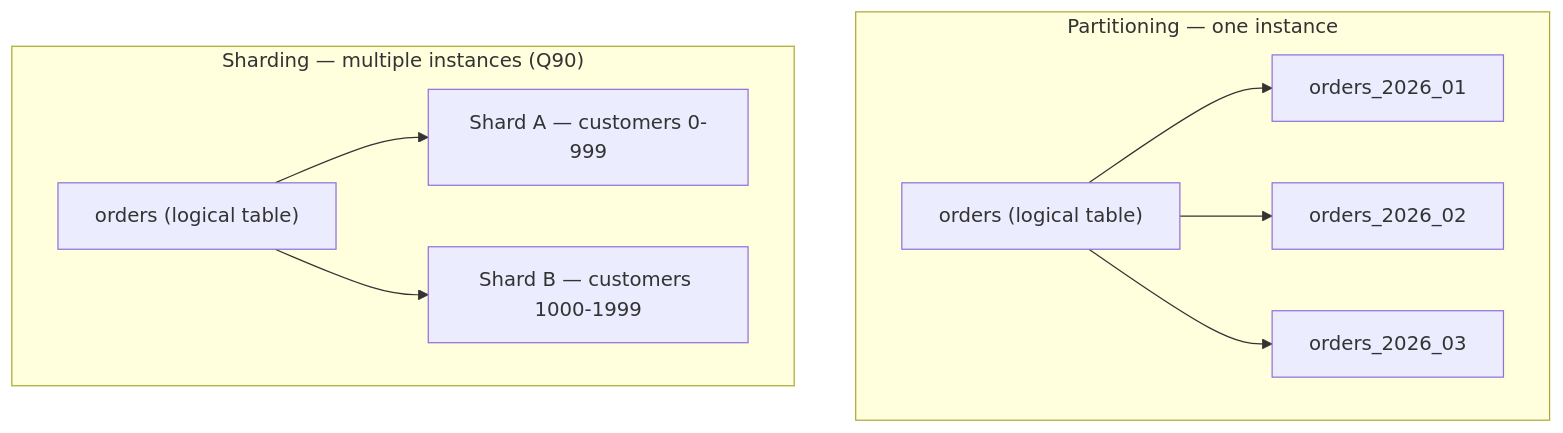
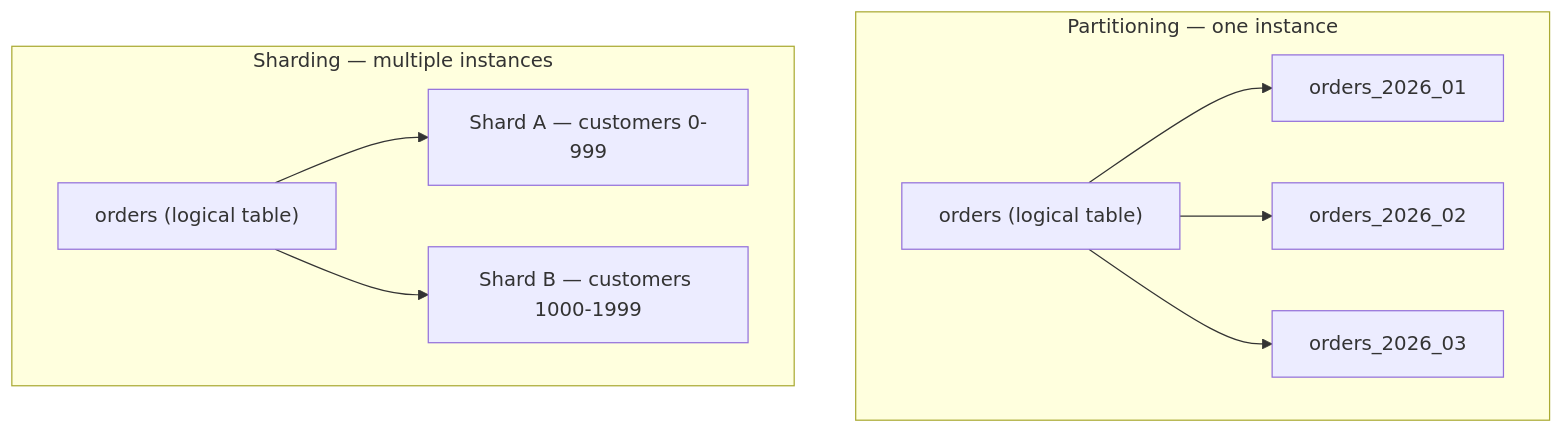
Before and after one commit to josuebrunel/josuebrunel.github.io: the second of 3 diagrams in content/interview/interview-prep-sql-advanced.md, drawn with Mermaid. The commit also changed other lines of this file and 7 other files, not shown here.

````diff
--- a/content/interview/interview-prep-sql-advanced.md
+++ b/content/interview/interview-prep-sql-advanced.md
@@ -95,12 +95,12 @@
 ```mermaid
 graph TD
     subgraph "Partitioning — one instance"
     T["orders (logical table)"] --> P1["orders_2026_01"]
     T --> P2["orders_2026_02"]
     T --> P3["orders_2026_03"]
     end
-    subgraph "Sharding — multiple instances (Q90)"
+    subgraph "Sharding — multiple instances"
     S["orders (logical table)"] --> DB1["Shard A — customers 0-999"]
     S --> DB2["Shard B — customers 1000-1999"]
     end
 ```
````
